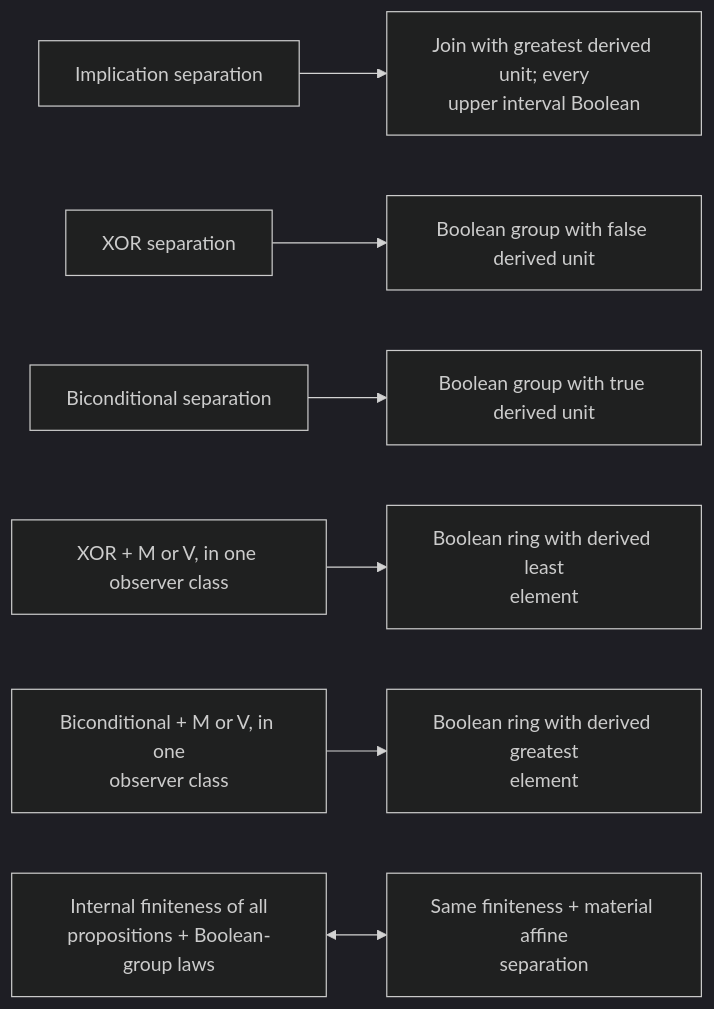
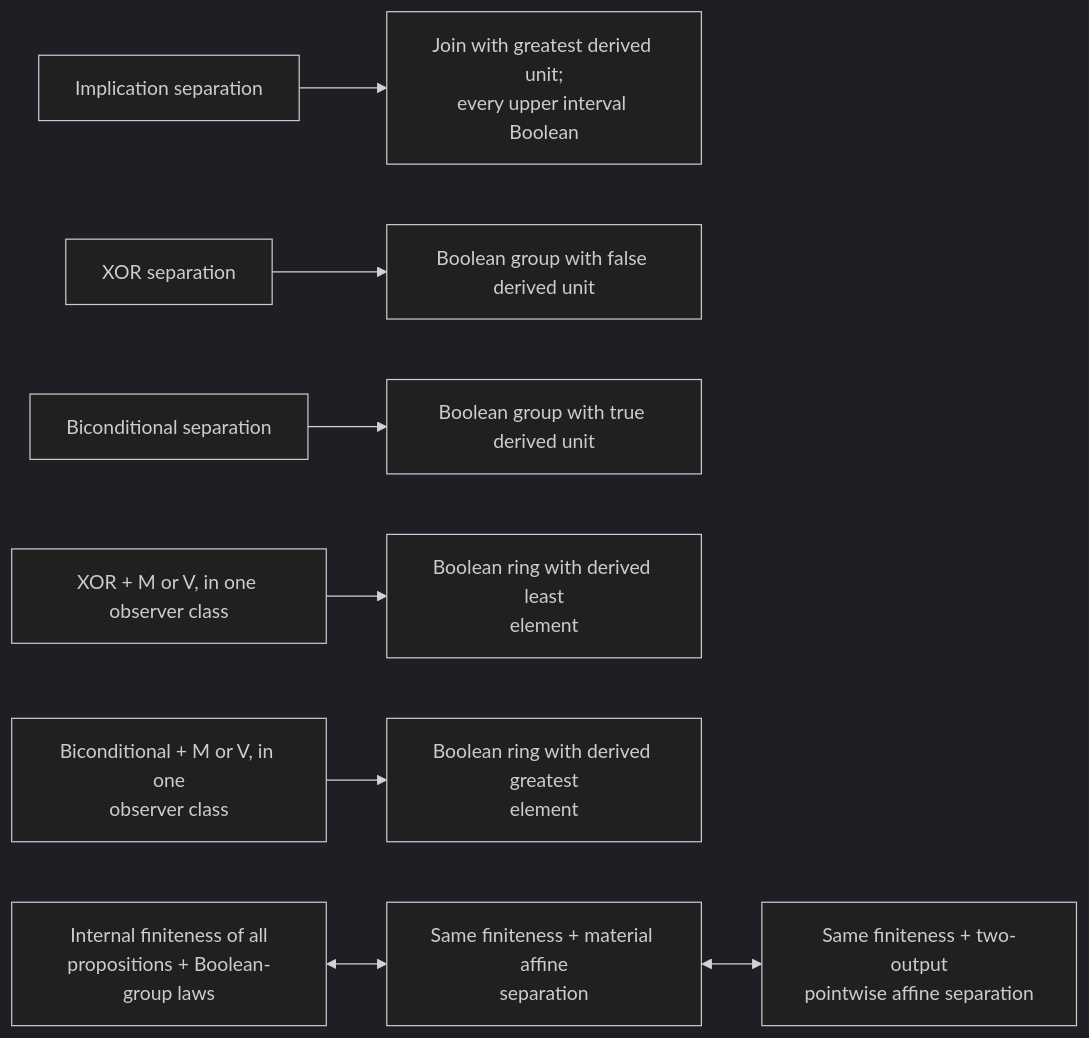
Diagram 15 of 27 in submissions/classicism-results-2026-10-23-v1/proofs/h-observer-space/GRAPH.md (dkodsi/Logical-Maps), drawn with Mermaid (dark theme) before and after one commit. The commit also changed other lines of this file and 59 other files, not shown here.

````diff
--- a/submissions/classicism-results-2026-10-23-v1/proofs/h-observer-space/GRAPH.md
+++ b/submissions/classicism-results-2026-10-23-v1/proofs/h-observer-space/GRAPH.md
@@ -245,9 +276,10 @@
 ```mermaid
 flowchart LR
-    Imp["Implication separation"] --> Intervals["Join with greatest derived unit; every<br/>upper interval Boolean"]
+    Imp["Implication separation"] --> Intervals["Join with greatest derived unit;<br/>every upper interval Boolean"]
     Xor["XOR separation"] --> Group0["Boolean group with false derived unit"]
     Iff["Biconditional separation"] --> Group1["Boolean group with true derived unit"]
     XM["XOR + M or V, in one observer class"] --> Ring0["Boolean ring with derived least<br/>element"]
     DM["Biconditional + M or V, in one<br/>observer class"] --> Ring1["Boolean ring with derived greatest<br/>element"]
     FinGroup["Internal finiteness of all<br/>propositions + Boolean-group laws"] <--> FinChar["Same finiteness + material affine<br/>separation"]
+    FinChar <--> FinPoint["Same finiteness + two-output<br/>pointwise affine separation"]
 ```
````
